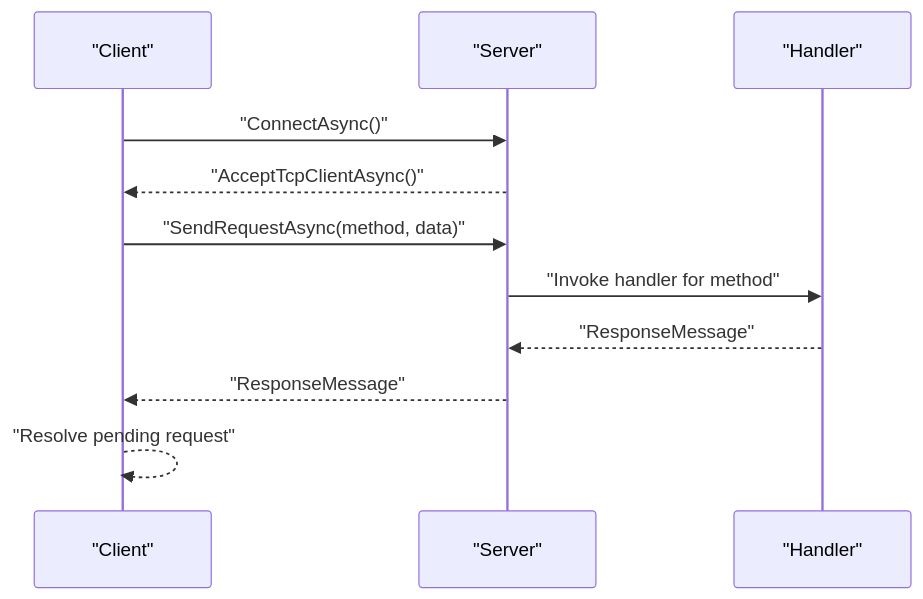
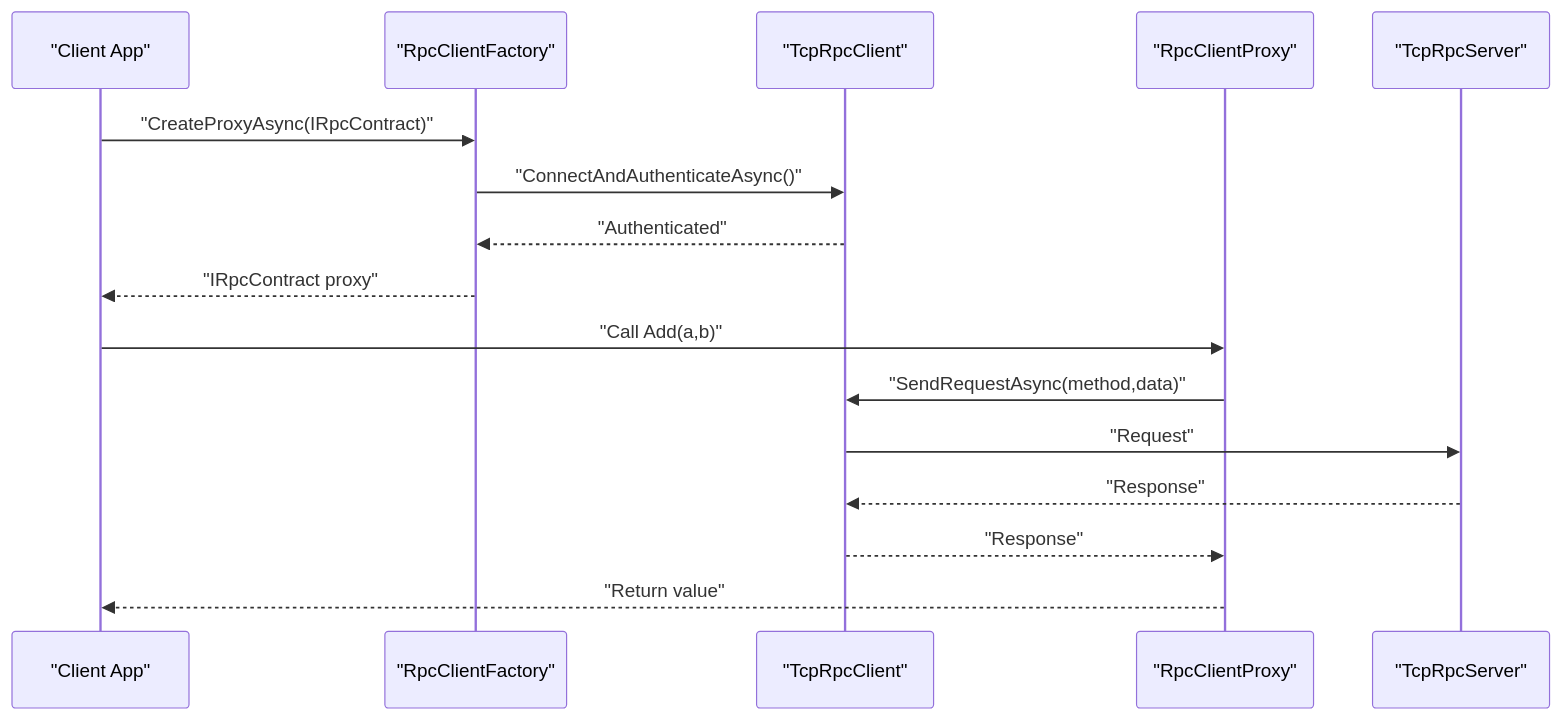
Before and after one commit to Seamas/TcpRpc.Net: the third of 6 diagrams in .qoder/repowiki/en/content/Getting Started.md, drawn with Mermaid. The commit also changed other lines of this file and 69 other files, not shown here.

````diff
--- a/.qoder/repowiki/en/content/Getting Started.md
+++ b/.qoder/repowiki/en/content/Getting Started.md
@@ -96,13 +220,18 @@
 ```mermaid
 sequenceDiagram
-participant C as "Client"
-participant S as "Server"
-participant H as "Handler"
-C->>S : "ConnectAsync()"
-S-->>C : "AcceptTcpClientAsync()"
-C->>S : "SendRequestAsync(method, data)"
-S->>H : "Invoke handler for method"
-H-->>S : "ResponseMessage"
-S-->>C : "ResponseMessage"
-C-->>C : "Resolve pending request"
+participant App as "Client App"
+participant Factory as "RpcClientFactory"
+participant Client as "TcpRpcClient"
+participant Proxy as "RpcClientProxy"
+participant Server as "TcpRpcServer"
+App->>Factory : "CreateProxyAsync(IRpcContract)"
+Factory->>Client : "ConnectAndAuthenticateAsync()"
+Client-->>Factory : "Authenticated"
+Factory-->>App : "IRpcContract proxy"
+App->>Proxy : "Call Add(a,b)"
+Proxy->>Client : "SendRequestAsync(method,data)"
+Client->>Server : "Request"
+Server-->>Client : "Response"
+Client-->>Proxy : "Response"
+Proxy-->>App : "Return value"
 ```
````
